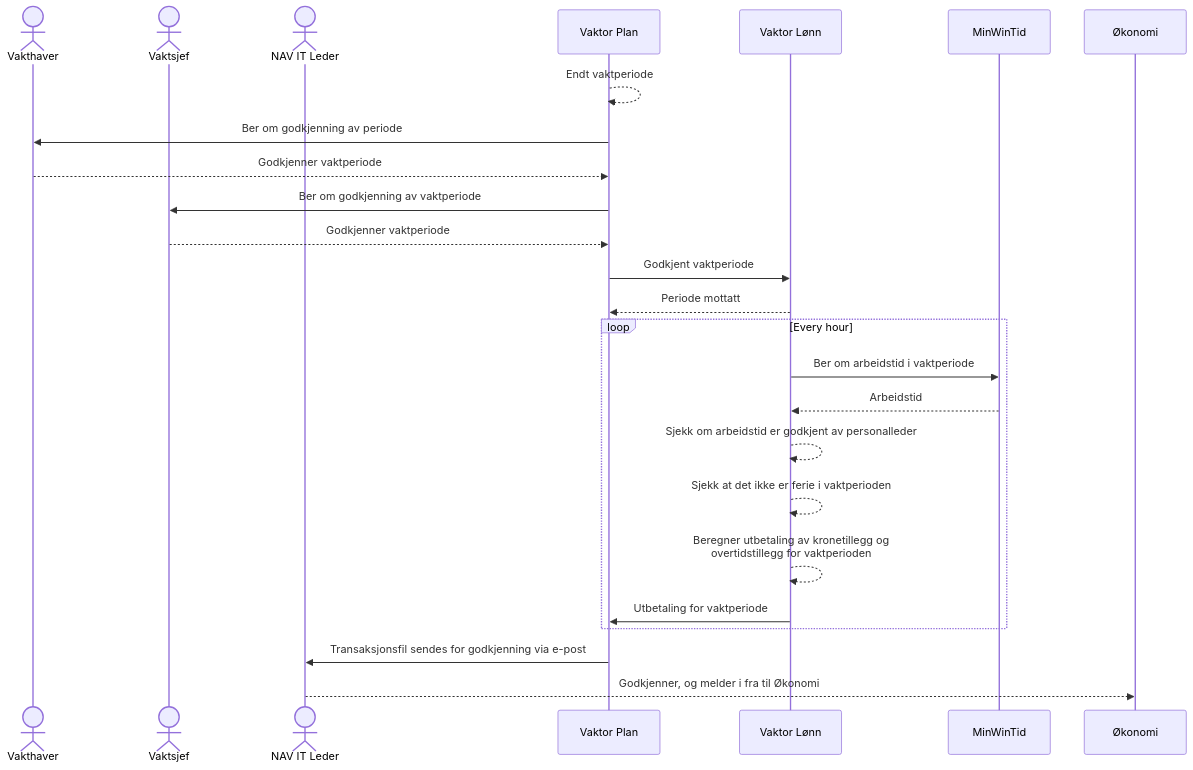
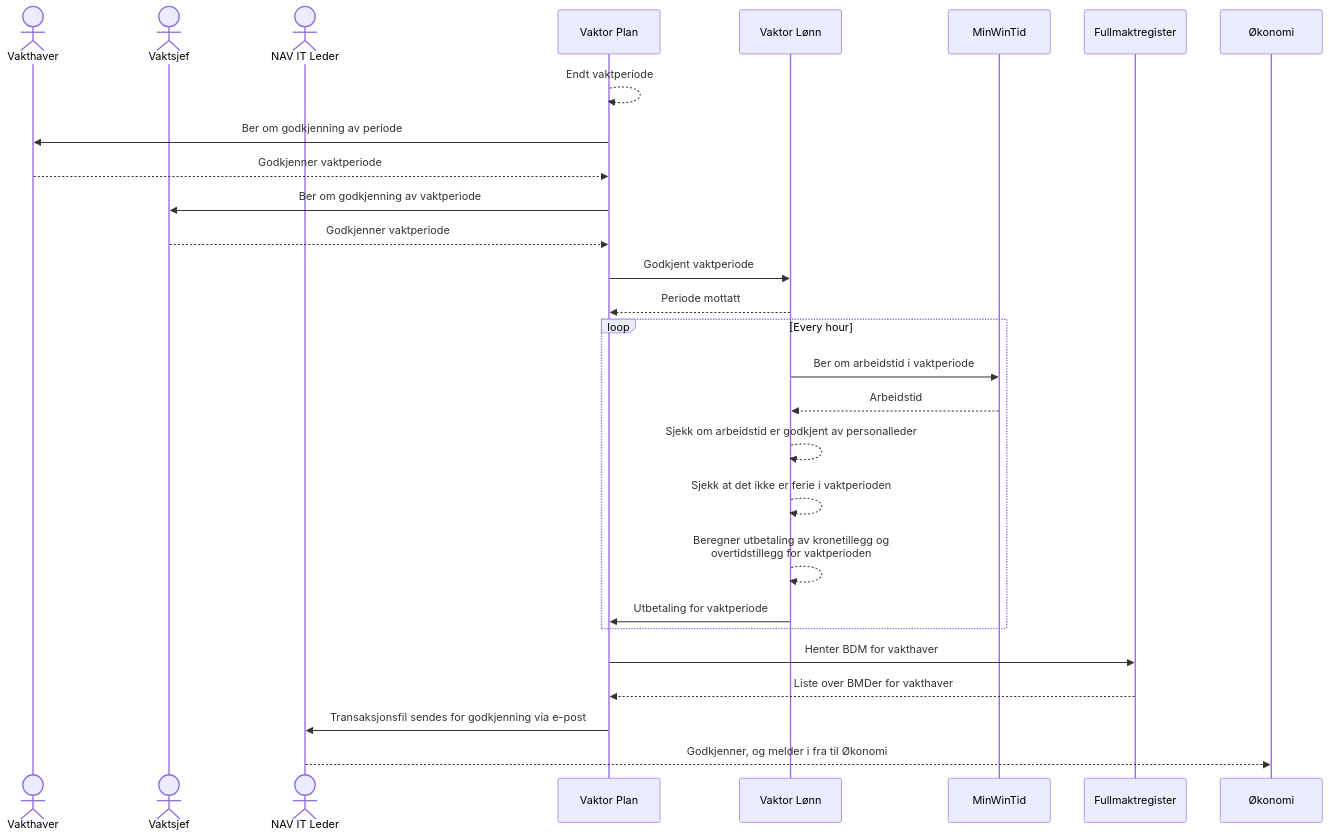
The diagram in README.md (navikt/vaktor-lonn), drawn with Mermaid before and after one commit.

Commit message:
doc: henter BDM fra Fullmaktregisteret

````diff
--- a/README.md
+++ b/README.md
@@ -8,25 +8,27 @@
 ```mermaid
 sequenceDiagram
 actor Vakthaver
 actor Vaktsjef
 actor leder as NAV IT Leder
 participant Plan as Vaktor Plan
 participant Lønn as Vaktor Lønn
 Plan-->>Plan: Endt vaktperiode
 Plan->>Vakthaver: Ber om godkjenning av periode
 Vakthaver-->>Plan: Godkjenner vaktperiode
 Plan->>Vaktsjef: Ber om godkjenning av vaktperiode
 Vaktsjef-->>Plan: Godkjenner vaktperiode
 Plan->>Lønn: Godkjent vaktperiode
 Lønn-->>Plan: Periode mottatt
 loop Every hour
   Lønn->>MinWinTid: Ber om arbeidstid i vaktperiode
   MinWinTid-->>Lønn: Arbeidstid
   Lønn-->>Lønn: Sjekk om arbeidstid er godkjent av personalleder
   Lønn-->>Lønn: Sjekk at det ikke er ferie i vaktperioden
   Lønn-->>Lønn: Beregner utbetaling av kronetillegg og<br/>overtidstillegg for vaktperioden
   Lønn->>Plan: Utbetaling for vaktperiode
 end
+Plan->>Fullmaktregister: Henter BDM for vakthaver
+Fullmaktregister-->>Plan: Liste over BMDer for vakthaver
 Plan->>leder: Transaksjonsfil sendes for godkjenning via e-post
 leder-->>Økonomi: Godkjenner, og melder i fra til Økonomi
 ```
````
